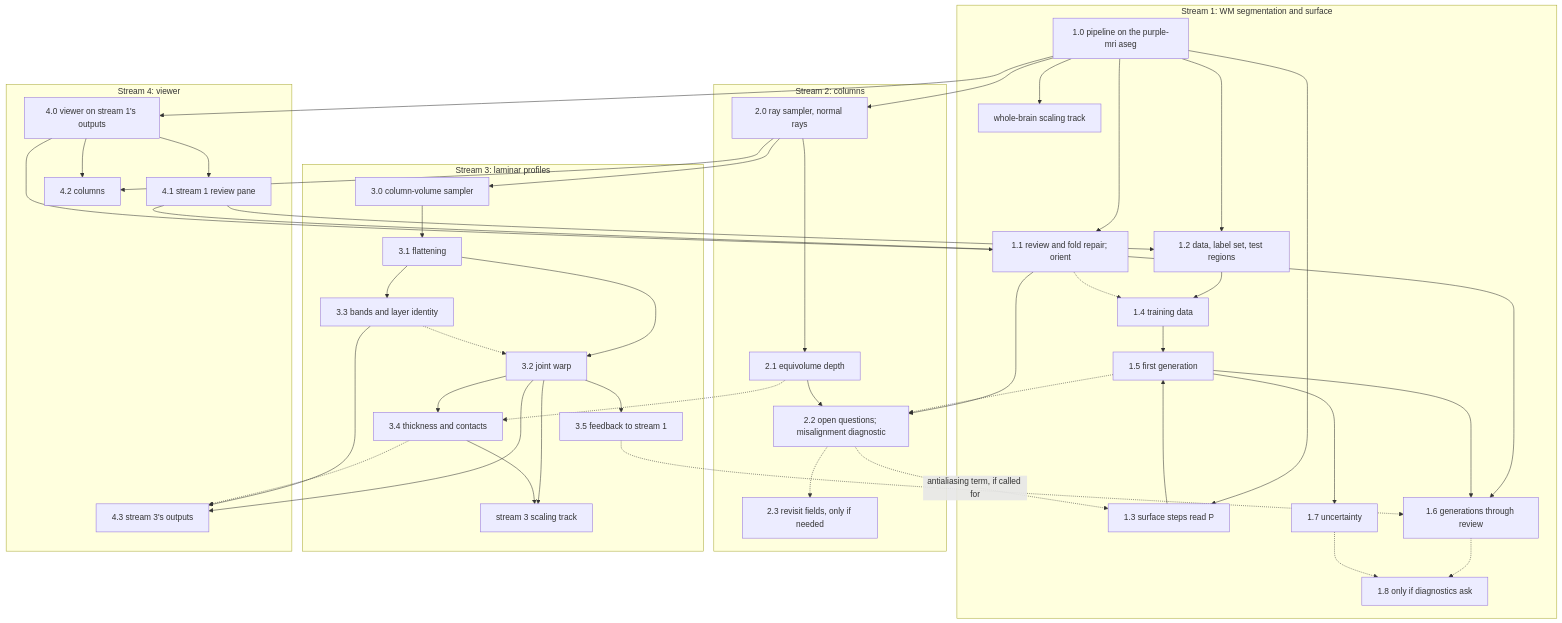
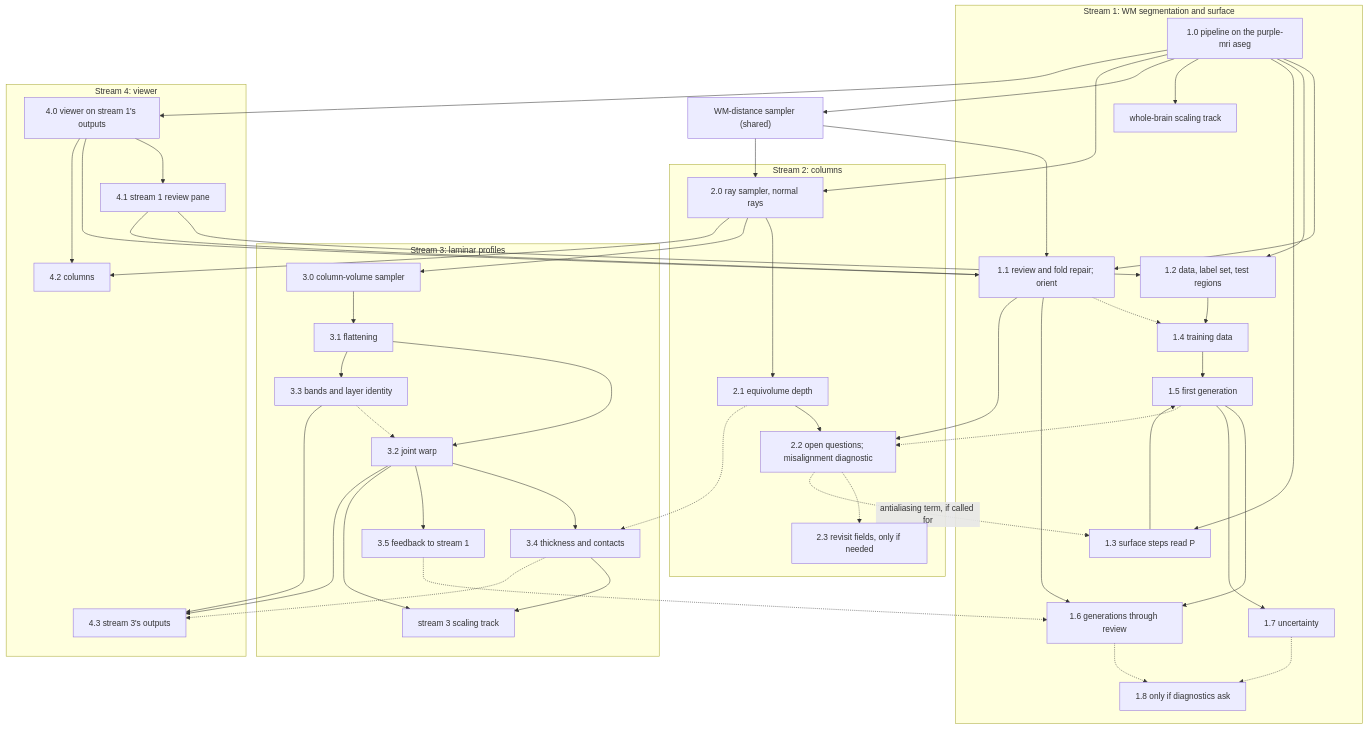
The diagram in docs/version-2-plan.md (mdtisdall/baillarger), drawn with Mermaid before and after one commit. The commit also changed other lines of this file, not shown here.

First line of the commit message:
docs: WM-distance sampler lands as its own PR after stream 1, phase 0

````diff
--- a/docs/version-2-plan.md
+++ b/docs/version-2-plan.md
@@ -1183,66 +1184,68 @@
 ```mermaid
 flowchart TB
   subgraph S1["Stream 1: WM segmentation and surface"]
     S1P0["1.0 pipeline on the purple-mri aseg"]
     S1P1["1.1 review and fold repair; orient"]
     S1P2["1.2 data, label set, test regions"]
     S1P3["1.3 surface steps read P"]
     S1P4["1.4 training data"]
     S1P5["1.5 first generation"]
     S1P6["1.6 generations through review"]
     S1P7["1.7 uncertainty"]
     S1P8["1.8 only if diagnostics ask"]
     S1SC["whole-brain scaling track"]
   end
   subgraph S2["Stream 2: columns"]
     S2P0["2.0 ray sampler, normal rays"]
     S2P1["2.1 equivolume depth"]
     S2P2["2.2 open questions; misalignment diagnostic"]
     S2P3["2.3 revisit fields, only if needed"]
   end
   subgraph S3["Stream 3: laminar profiles"]
     S3P0["3.0 column-volume sampler"]
     S3P1["3.1 flattening"]
     S3P2["3.2 joint warp"]
     S3P3["3.3 bands and layer identity"]
     S3P4["3.4 thickness and contacts"]
     S3P5["3.5 feedback to stream 1"]
     S3SC["stream 3 scaling track"]
   end
   subgraph S4["Stream 4: viewer"]
     S4P0["4.0 viewer on stream 1's outputs"]
     S4P1["4.1 stream 1 review pane"]
     S4P2["4.2 columns"]
     S4P3["4.3 stream 3's outputs"]
   end
 
   S1P0 --> S1P1 & S1P2 & S1P3 & S1SC
   S1P2 --> S1P4
   S1P1 -.-> S1P4
   S1P3 & S1P4 --> S1P5
   S1P1 & S1P5 --> S1P6
   S1P5 --> S1P7
   S1P6 & S1P7 -.-> S1P8
 
+  SHW["WM-distance sampler (shared)"]
+  S1P0 --> SHW --> S2P0 & S1P1
   S1P0 --> S2P0 --> S2P1 --> S2P2
   S1P1 --> S2P2
   S1P5 -.-> S2P2
   S2P2 -.-> S2P3
   S2P2 -. "antialiasing term, if called for" .-> S1P3
   S4P1 --> S1P2
 
   S2P0 --> S3P0 --> S3P1 --> S3P2
   S3P1 --> S3P3
   S3P3 -.-> S3P2
   S3P2 --> S3P4 & S3P5
   S2P1 -.-> S3P4
   S3P5 -.-> S1P6
   S3P2 & S3P4 --> S3SC
 
   S1P0 --> S4P0 --> S4P1
   S4P1 --- S1P1
   S4P0 --> S1P1
   S2P0 & S4P0 --> S4P2
   S3P2 & S3P3 --> S4P3
   S3P4 -.-> S4P3
 ```
````
